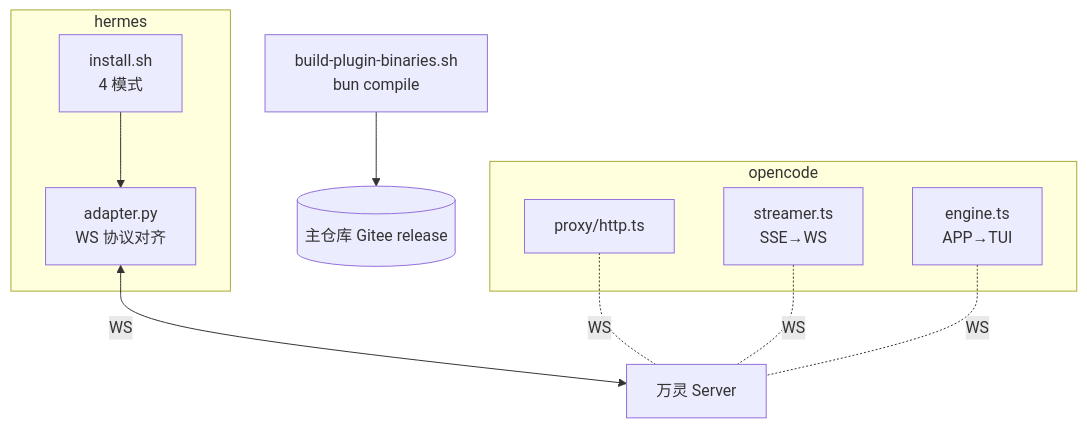
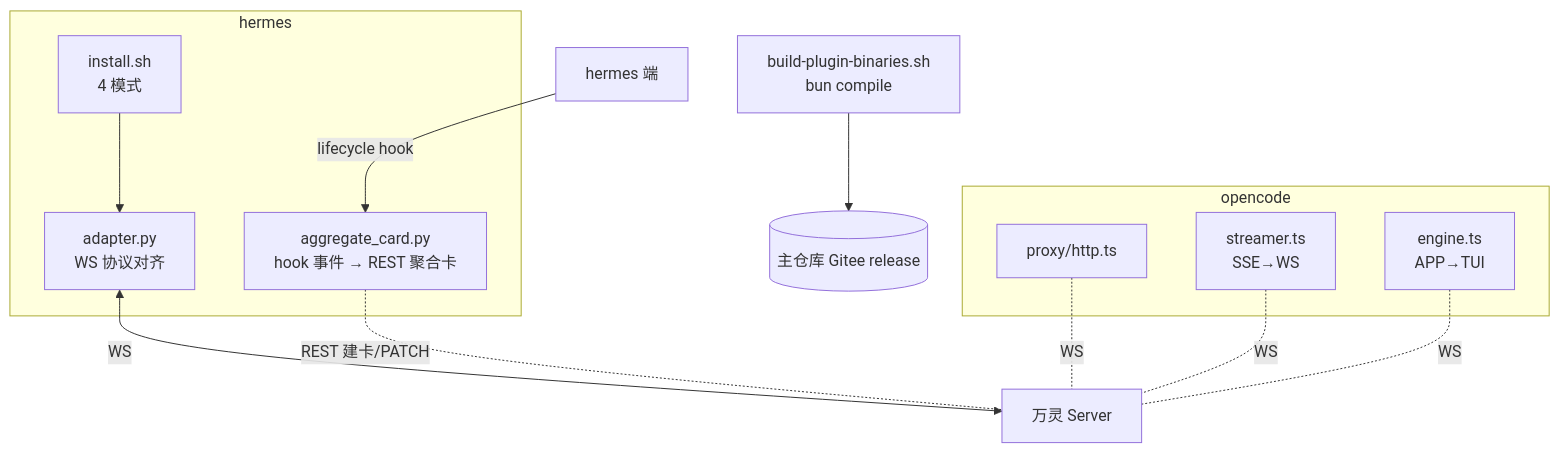
The diagram in plugin/CLAUDE.md (luoyu318/wanling), drawn with Mermaid before and after one commit. The commit also changed other lines of this file and 13 other files, not shown here.

````diff
--- a/plugin/CLAUDE.md
+++ b/plugin/CLAUDE.md
@@ -37,20 +37,23 @@
 ```mermaid
 flowchart TB
     subgraph hermes
         HINSTALL[install.sh<br/>4 模式]
         HADAPTER[adapter.py<br/>WS 协议对齐]
+        HAGG[aggregate_card.py<br/>hook 事件 → REST 聚合卡]
     end
     subgraph opencode
         OPROXY[proxy/http.ts]
         OSTREAMER[streamer.ts<br/>SSE→WS]
         OSYNC[engine.ts<br/>APP→TUI]
     end
     PUBLISH[build-plugin-binaries.sh<br/>bun compile]
     
     HINSTALL --> HADAPTER
     HADAPTER <-->|WS| SERVER[万灵 Server]
+    HERMES[hermes 端] -- lifecycle hook --> HAGG
+    HAGG -. REST 建卡/PATCH .- SERVER
     OPROXY -. WS .- SERVER
     OSTREAMER -. WS .- SERVER
     OSYNC -. WS .- SERVER
     PUBLISH --> REL[(主仓库 Gitee release)]
 ```
````
